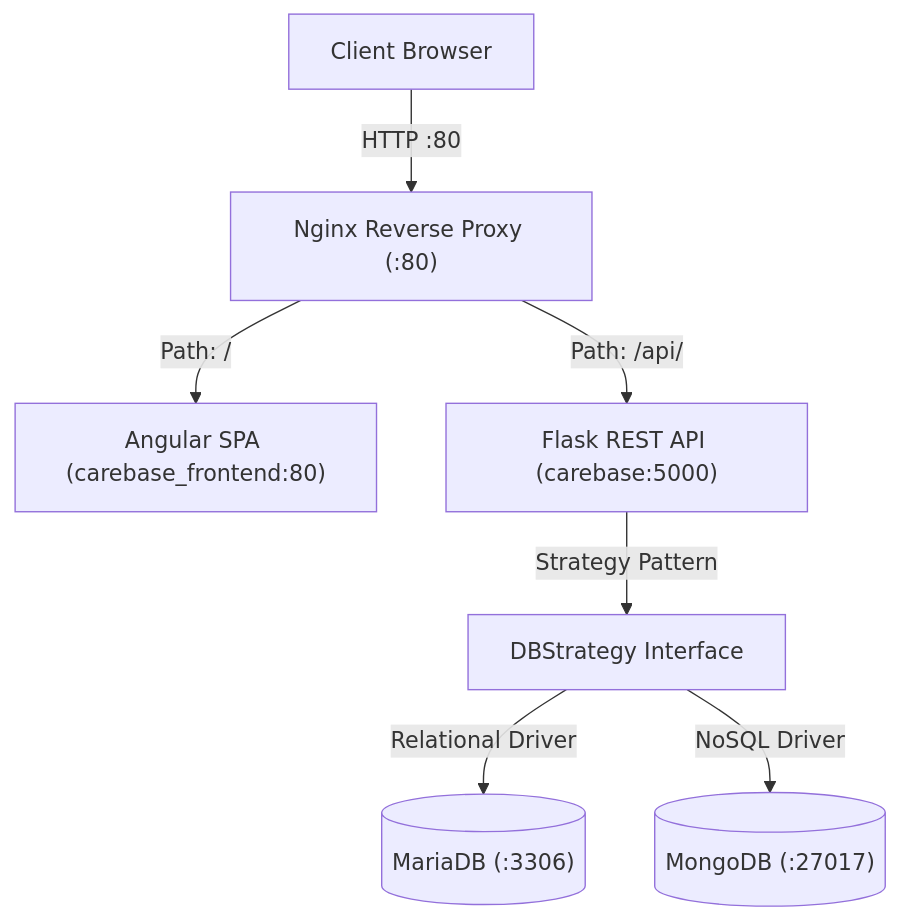
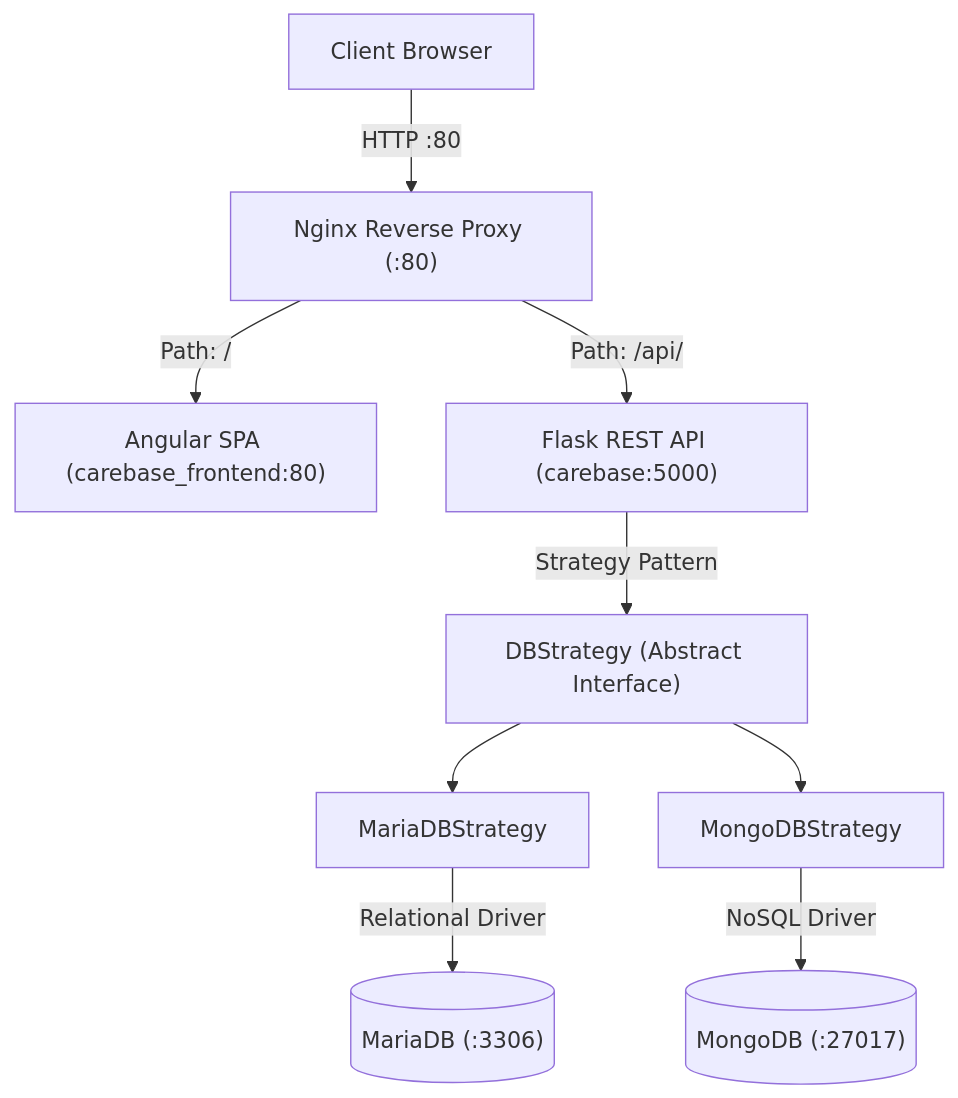
Before and after one commit to jakspt/carebase-angular: the diagram in README.md, drawn with Mermaid. The commit also changed other lines of this file, not shown here.

Commit message:
docs: resolve code review findings for architecture diagram, ADR details, and verification commands

````diff
--- a/README.md
+++ b/README.md
@@ -42,9 +42,11 @@
 ```mermaid
 flowchart TD
     Client["Client Browser"] -->|"HTTP :80"| Nginx["Nginx Reverse Proxy (:80)"]
     Nginx -->|"Path: /"| Angular["Angular SPA (carebase_frontend:80)"]
     Nginx -->|"Path: /api/"| Flask["Flask REST API (carebase:5000)"]
-    Flask -->|"Strategy Pattern"| DBStrategy["DBStrategy Interface"]
-    DBStrategy -->|"Relational Driver"| MariaDB[("MariaDB (:3306)")]
-    DBStrategy -->|"NoSQL Driver"| MongoDB[("MongoDB (:27017)")]
+    Flask -->|"Strategy Pattern"| DBStrategy["DBStrategy (Abstract Interface)"]
+    DBStrategy --> MariaDBStrategy["MariaDBStrategy"]
+    DBStrategy --> MongoDBStrategy["MongoDBStrategy"]
+    MariaDBStrategy -->|"Relational Driver"| MariaDB[("MariaDB (:3306)")]
+    MongoDBStrategy -->|"NoSQL Driver"| MongoDB[("MongoDB (:27017)")]
 ```
````
